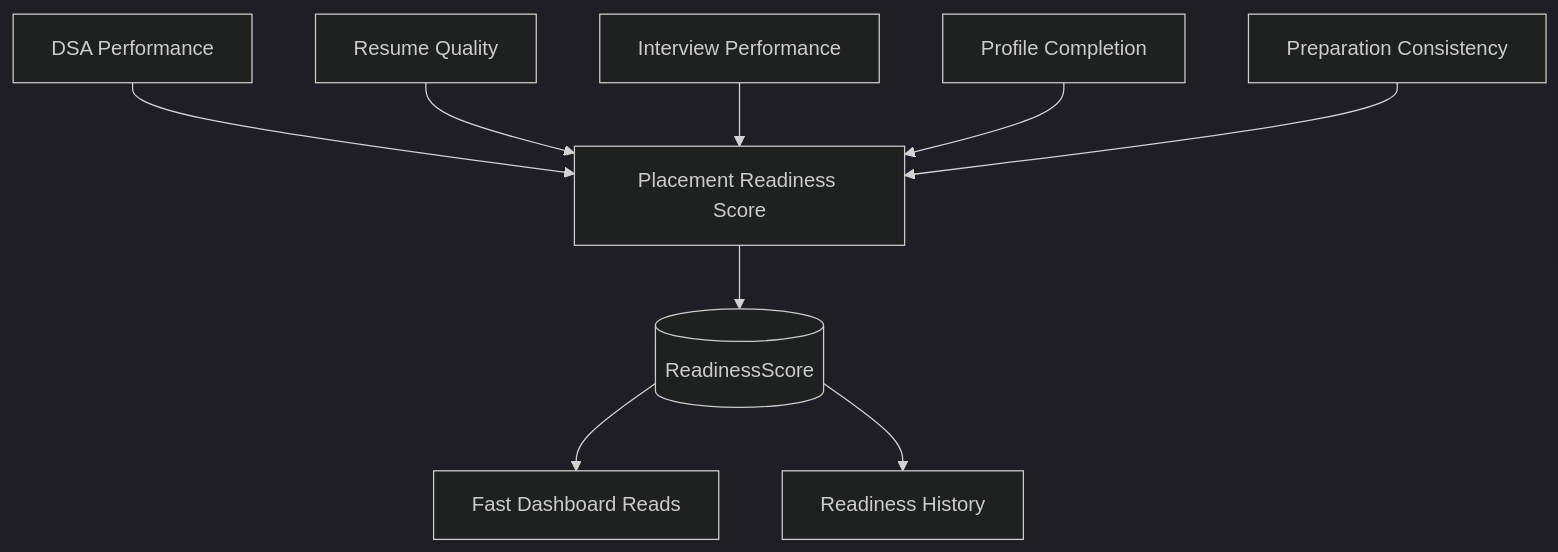
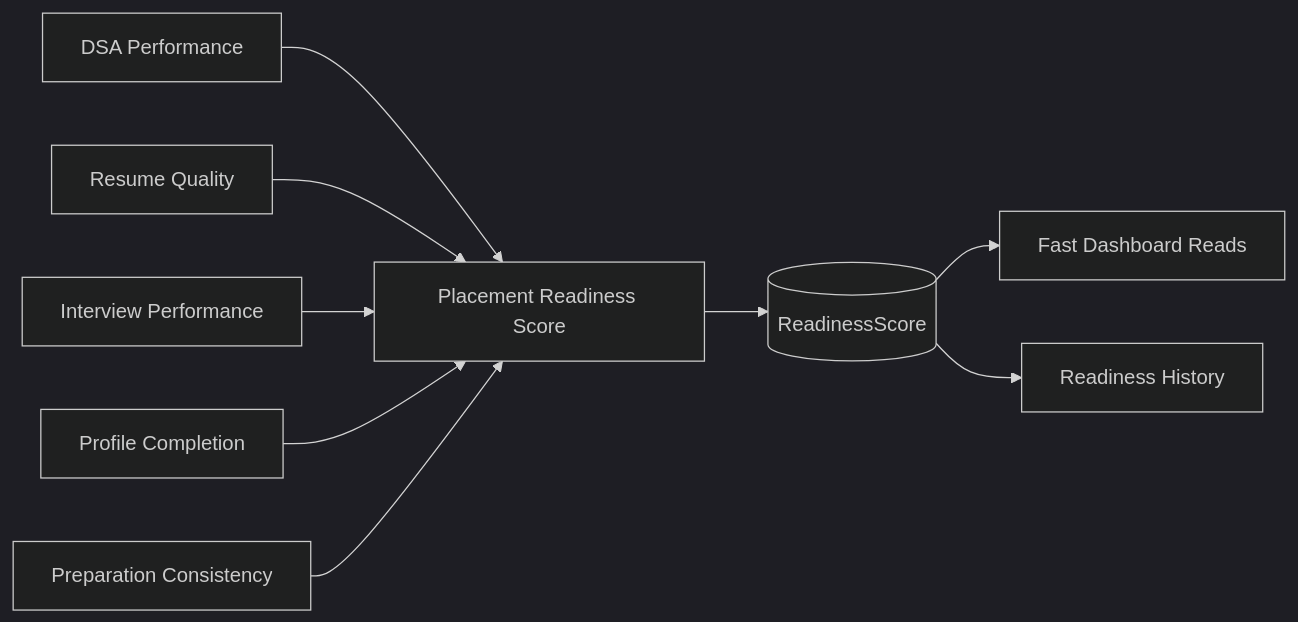
Before and after one commit to aryancodes12-bit/PlacementOS: the second of 13 diagrams in README.md, drawn with Mermaid (dark theme). The commit also changed other lines of this file, not shown here.

````diff
--- a/README.md
+++ b/README.md
@@ -159,12 +98,10 @@
 ```mermaid
-flowchart TB
+flowchart LR
     DSA[DSA Performance] --> SCORE[Placement Readiness Score]
     RESUME[Resume Quality] --> SCORE
     INTERVIEW[Interview Performance] --> SCORE
     PROFILE[Profile Completion] --> SCORE
     STREAK[Preparation Consistency] --> SCORE
-
-    SCORE --> DB[(ReadinessScore)]
-    DB --> DASHBOARD[Fast Dashboard Reads]
+    SCORE --> DB[(ReadinessScore)] --> DASHBOARD[Fast Dashboard Reads]
     DB --> HISTORY[Readiness History]
 ```
````
